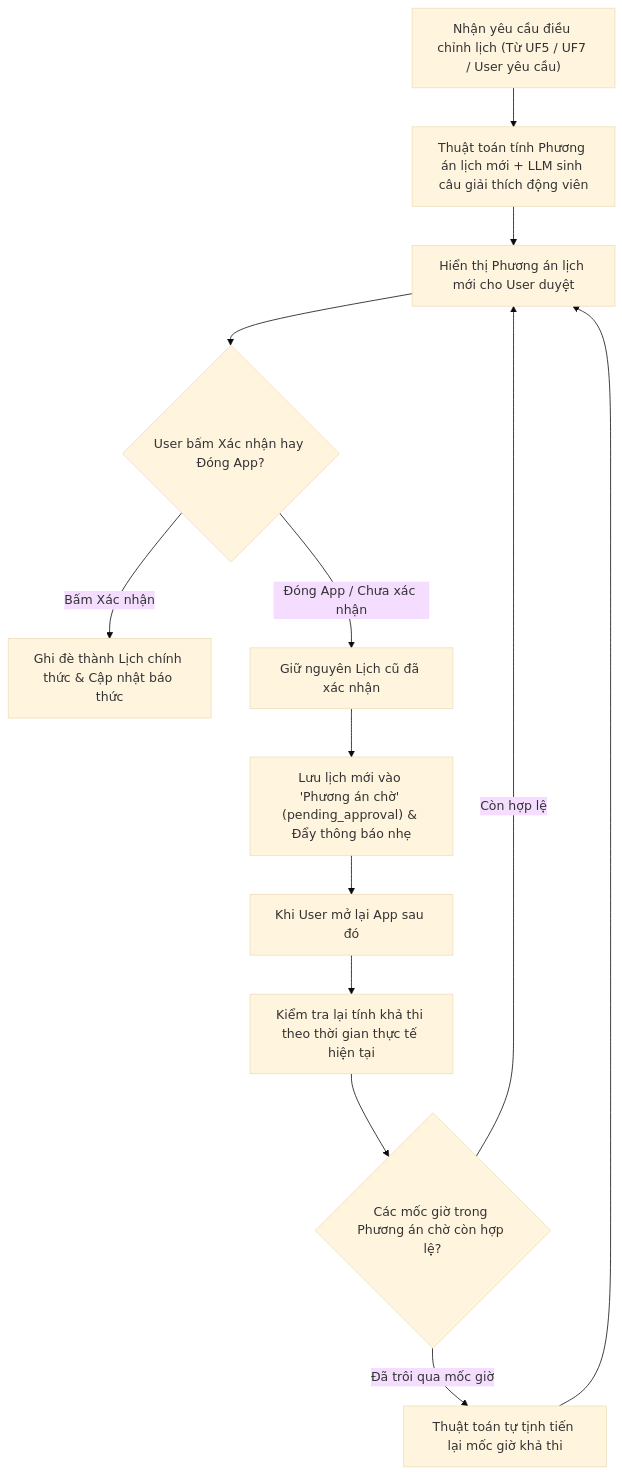
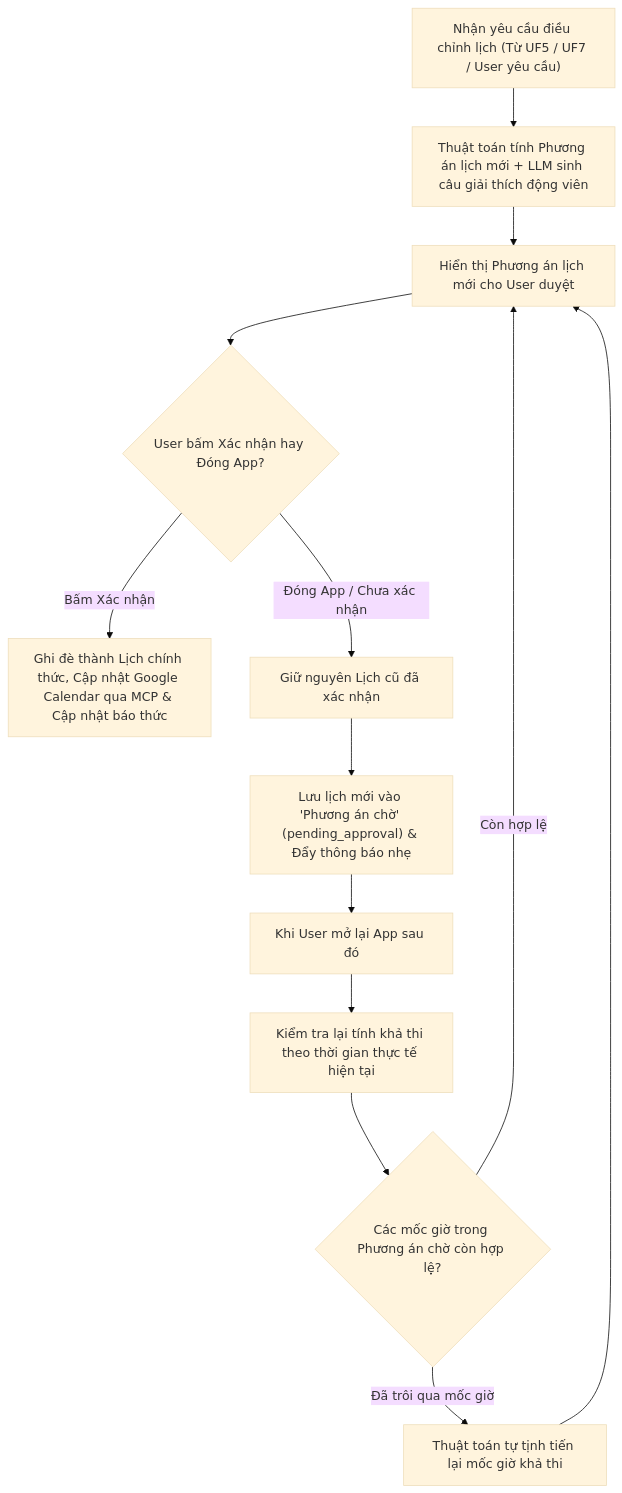
One commit to hmintrun/virtual-assistant-for-ADHD changed the sixth of 6 diagrams in Project.md. Above: the diagram before and after it, drawn with Mermaid (base theme). The commit also changed other lines of this file and 8 other files, not shown here.

Commit message:
docs: sync project specs, agents guidelines, and week 1 planning roadmap

````diff
--- a/Project.md
+++ b/Project.md
@@ -366,14 +396,14 @@
 ```mermaid
 flowchart TD
     A["Nhận yêu cầu điều chỉnh lịch (Từ UF5 / UF7 / User yêu cầu)"] --> B["Thuật toán tính Phương án lịch mới + LLM sinh câu giải thích động viên"]
     B --> C["Hiển thị Phương án lịch mới cho User duyệt"]
     C --> D{"User bấm Xác nhận hay Đóng App?"}
-    D -->|"Bấm Xác nhận"| E["Ghi đè thành Lịch chính thức & Cập nhật báo thức"]
+    D -->|"Bấm Xác nhận"| E["Ghi đè thành Lịch chính thức, Cập nhật Google Calendar qua MCP & Cập nhật báo thức"]
     D -->|"Đóng App / Chưa xác nhận"| F["Giữ nguyên Lịch cũ đã xác nhận"]
     F --> G["Lưu lịch mới vào 'Phương án chờ' (pending_approval) & Đẩy thông báo nhẹ"]
     G --> H["Khi User mở lại App sau đó"]
     H --> I["Kiểm tra lại tính khả thi theo thời gian thực tế hiện tại"]
     I --> J{"Các mốc giờ trong Phương án chờ còn hợp lệ?"}
     J -->|"Còn hợp lệ"| C
     J -->|"Đã trôi qua mốc giờ"| K["Thuật toán tự tịnh tiến lại mốc giờ khả thi"] --> C
 ```
````
